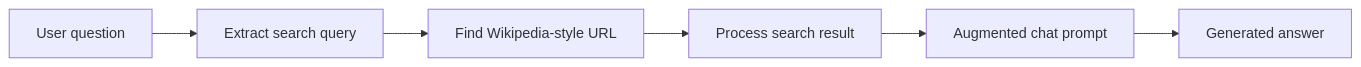
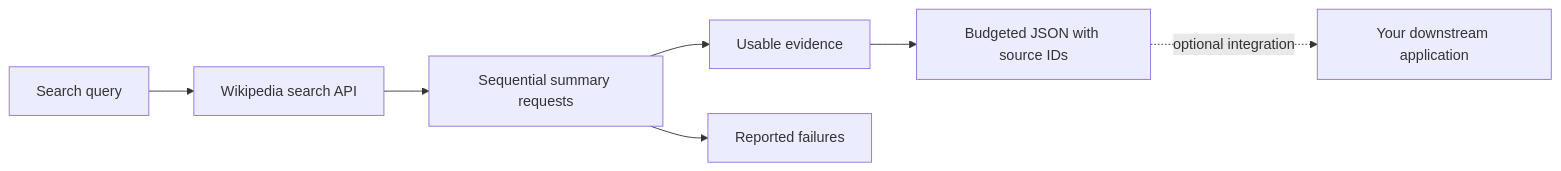
One commit to smgpulse007/ChatWithWiki_AzureML changed the diagram in README.md. Above: the diagram before and after it, drawn with Mermaid. The commit also changed other lines of this file and 14 other files, not shown here.

Commit message:
Build bounded Wikipedia evidence retrieval with an offline workbench (#1)

````diff
--- a/README.md
+++ b/README.md
@@ -13,8 +48,9 @@
 ```mermaid
 flowchart LR
-    A["User question"] --> B["Extract search query"]
-    B --> C["Find Wikipedia-style URL"]
-    C --> D["Process search result"]
-    D --> E["Augmented chat prompt"]
-    E --> F["Generated answer"]
+    A[Search query] --> B[Wikipedia search API]
+    B --> C[Sequential summary requests]
+    C --> D[Usable evidence]
+    C --> E[Reported failures]
+    D --> F[Budgeted JSON with source IDs]
+    F -. optional integration .-> G[Your downstream application]
 ```
````
